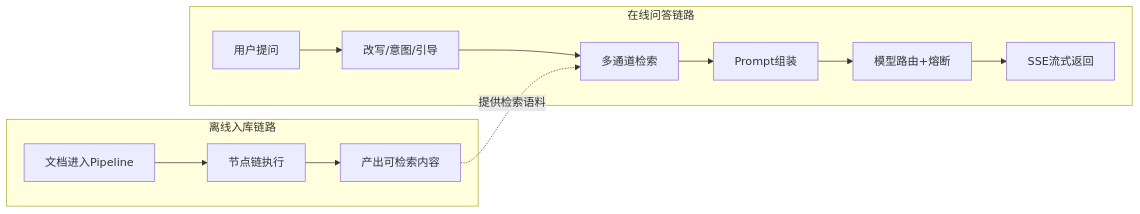
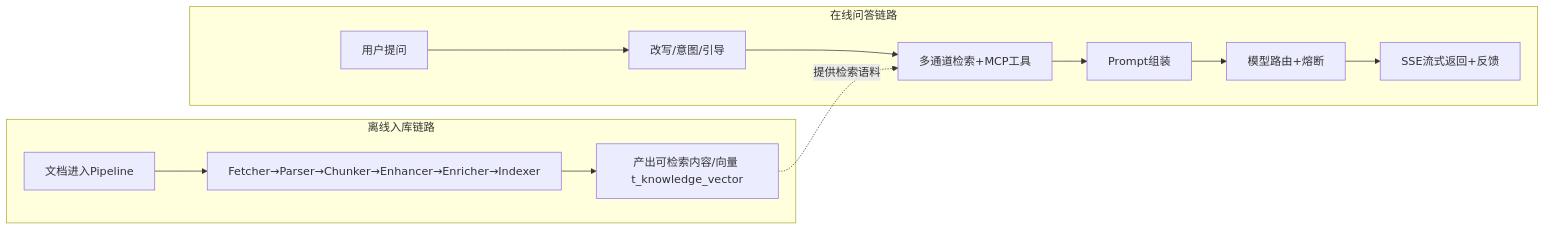
Before and after one commit to ajaxpppp/Sage-RAG: the seventh of 7 diagrams in docs/Ragent业务详解.md, drawn with Mermaid. The commit also changed other lines of this file and 23 other files, not shown here.

````diff
--- a/docs/Ragent业务详解.md
+++ b/docs/Ragent业务详解.md
@@ -331,17 +445,17 @@
 ```mermaid
 flowchart LR
     subgraph Ingestion[离线入库链路]
-      D1[文档进入Pipeline] --> D2[节点链执行]
-      D2 --> D3[产出可检索内容]
+      D1[文档进入Pipeline] --> D2[Fetcher→Parser→Chunker→Enhancer→Enricher→Indexer]
+      D2 --> D3[产出可检索内容/向量 t_knowledge_vector]
     end
 
     subgraph Online[在线问答链路]
       U[用户提问] --> O1[改写/意图/引导]
-      O1 --> O2[多通道检索]
+      O1 --> O2[多通道检索+MCP工具]
       O2 --> O3[Prompt组装]
       O3 --> O4[模型路由+熔断]
-      O4 --> O5[SSE流式返回]
+      O4 --> O5[SSE流式返回+反馈]
     end
 
     D3 -. 提供检索语料 .-> O2
 ```
````
